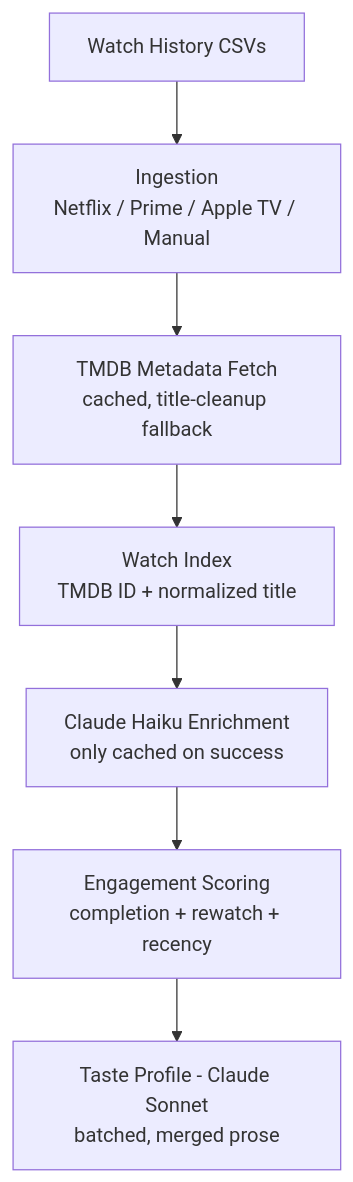
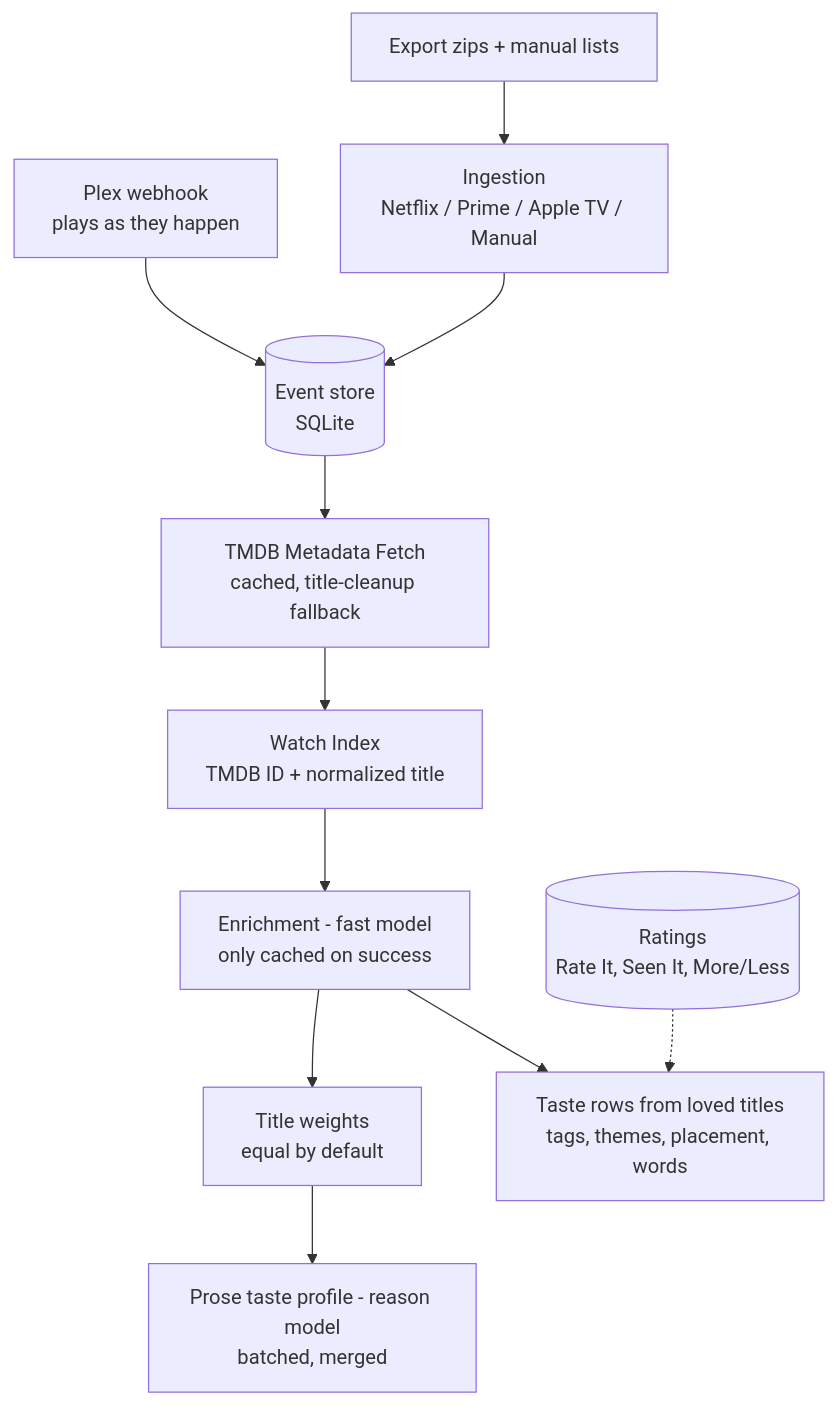
The first of 2 diagrams in docs/architecture.md (abhichandra21/streamline), drawn with Mermaid before and after one commit. The commit also changed other lines of this file and 4 other files, not shown here.

````diff
--- a/docs/architecture.md
+++ b/docs/architecture.md
@@ -9,9 +9,13 @@
 ```mermaid
 flowchart TD
-    A["Watch History CSVs"] --> B["Ingestion<br/>Netflix / Prime / Apple TV / Manual"]
-    B --> C["TMDB Metadata Fetch<br/>cached, title-cleanup fallback"]
+    A["Export zips + manual lists"] --> B["Ingestion<br/>Netflix / Prime / Apple TV / Manual"]
+    P["Plex webhook<br/>plays as they happen"] --> S
+    B --> S[("Event store<br/>SQLite")]
+    S --> C["TMDB Metadata Fetch<br/>cached, title-cleanup fallback"]
     C --> D["Watch Index<br/>TMDB ID + normalized title"]
-    D --> E["Claude Haiku Enrichment<br/>only cached on success"]
-    E --> F["Engagement Scoring<br/>completion + rewatch + recency"]
-    F --> G["Taste Profile - Claude Sonnet<br/>batched, merged prose"]
+    D --> E["Enrichment - fast model<br/>only cached on success"]
+    E --> F["Title weights<br/>equal by default"]
+    F --> G["Prose taste profile - reason model<br/>batched, merged"]
+    E --> T["Taste rows from loved titles<br/>tags, themes, placement, words"]
+    R[("Ratings<br/>Rate It, Seen It, More/Less")] -.-> T
 ```
````
